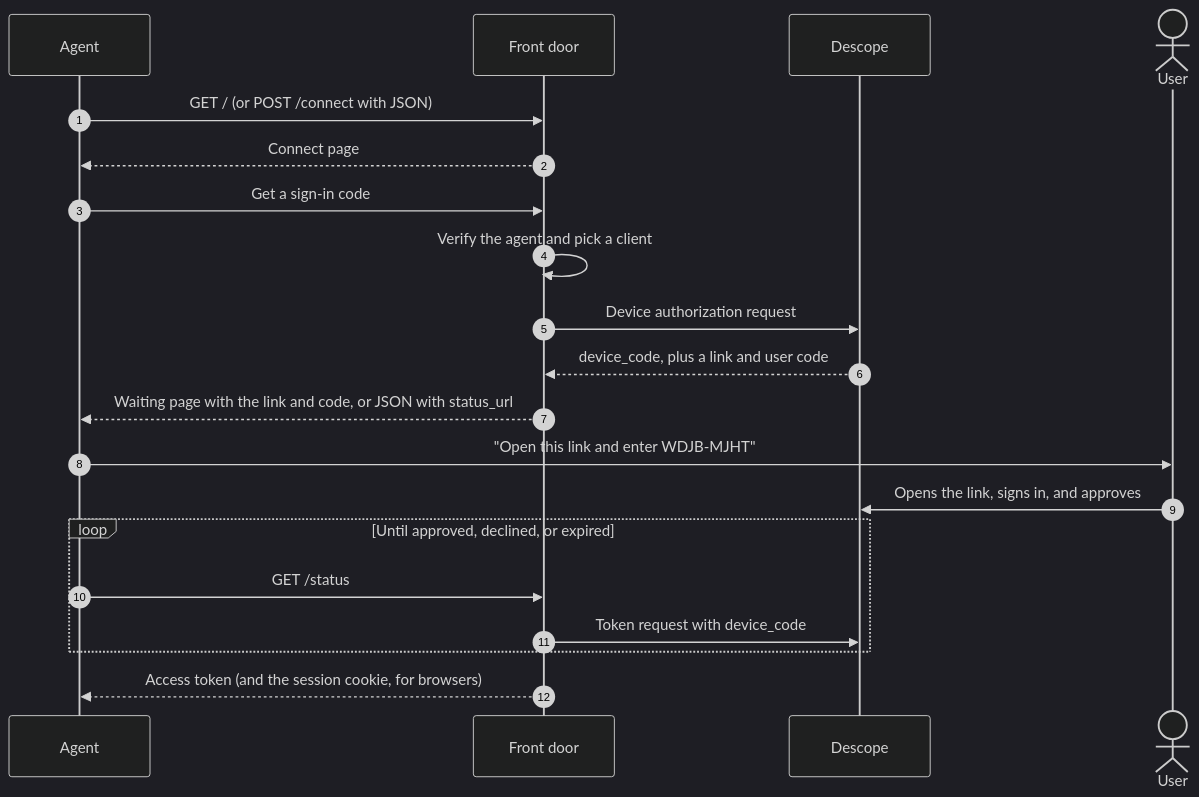
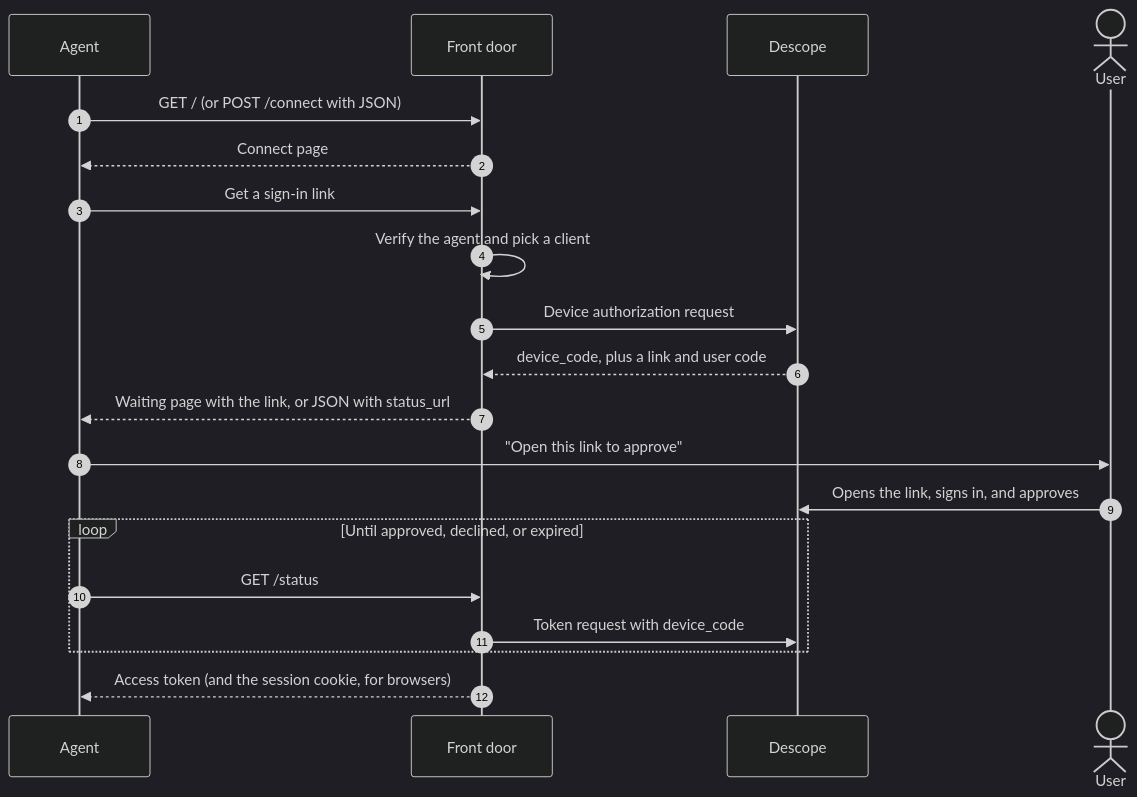
Before and after one commit to descope/agent-edge: the first of 2 diagrams in front-door/README.md, drawn with Mermaid (dark theme). The commit also changed other lines of this file and 6 other files, not shown here.

First line of the commit message:
Send the sign-in link with the code in it, and trim README detail

````diff
--- a/front-door/README.md
+++ b/front-door/README.md
@@ -43,22 +43,22 @@
 ```mermaid
 sequenceDiagram
   autonumber
   participant A as Agent
   participant F as Front door
   participant D as Descope
   actor U as User
   A->>F: GET / (or POST /connect with JSON)
   F-->>A: Connect page
-  A->>F: Get a sign-in code
+  A->>F: Get a sign-in link
   F->>F: Verify the agent and pick a client
   F->>D: Device authorization request
   D-->>F: device_code, plus a link and user code
-  F-->>A: Waiting page with the link and code, or JSON with status_url
-  A->>U: "Open this link and enter WDJB-MJHT"
+  F-->>A: Waiting page with the link, or JSON with status_url
+  A->>U: "Open this link to approve"
   U->>D: Opens the link, signs in, and approves
   loop Until approved, declined, or expired
     A->>F: GET /status
     F->>D: Token request with device_code
   end
   F-->>A: Access token (and the session cookie, for browsers)
 ```
````
